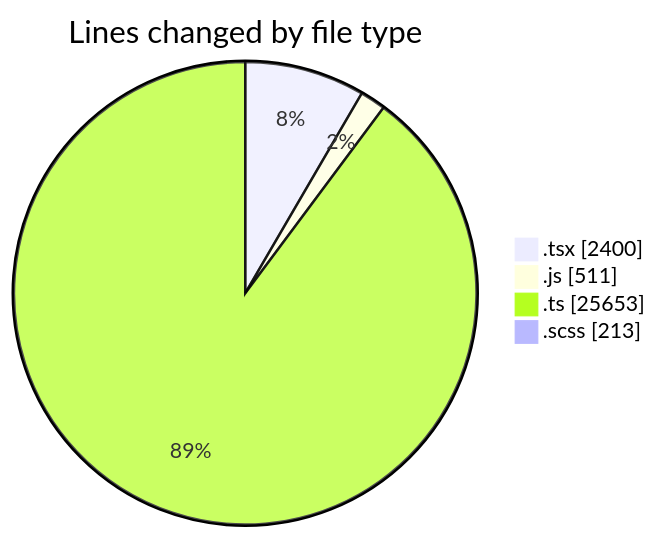
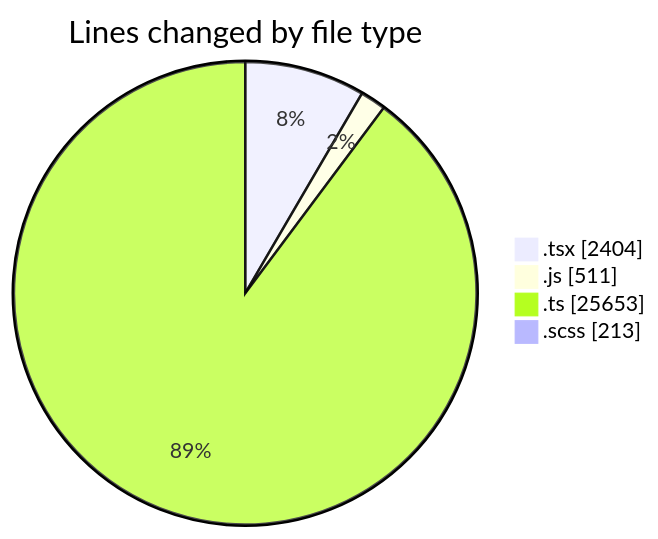
One commit to momahboobian/code-tracking changed the first of 2 diagrams in 2025-06-30/cda/README.md. Above: the diagram before and after it, drawn with Mermaid. The commit also changed other lines of this file and 1 other file, not shown here.

````diff
--- a/2025-06-30/cda/README.md
+++ b/2025-06-30/cda/README.md
@@ -41,8 +41,8 @@
 ```mermaid
 pie showData
 title Lines changed by file type
-".tsx" : 2400
+".tsx" : 2404
 ".js" : 511
 ".ts" : 25653
 ".scss" : 213
 ```
````
